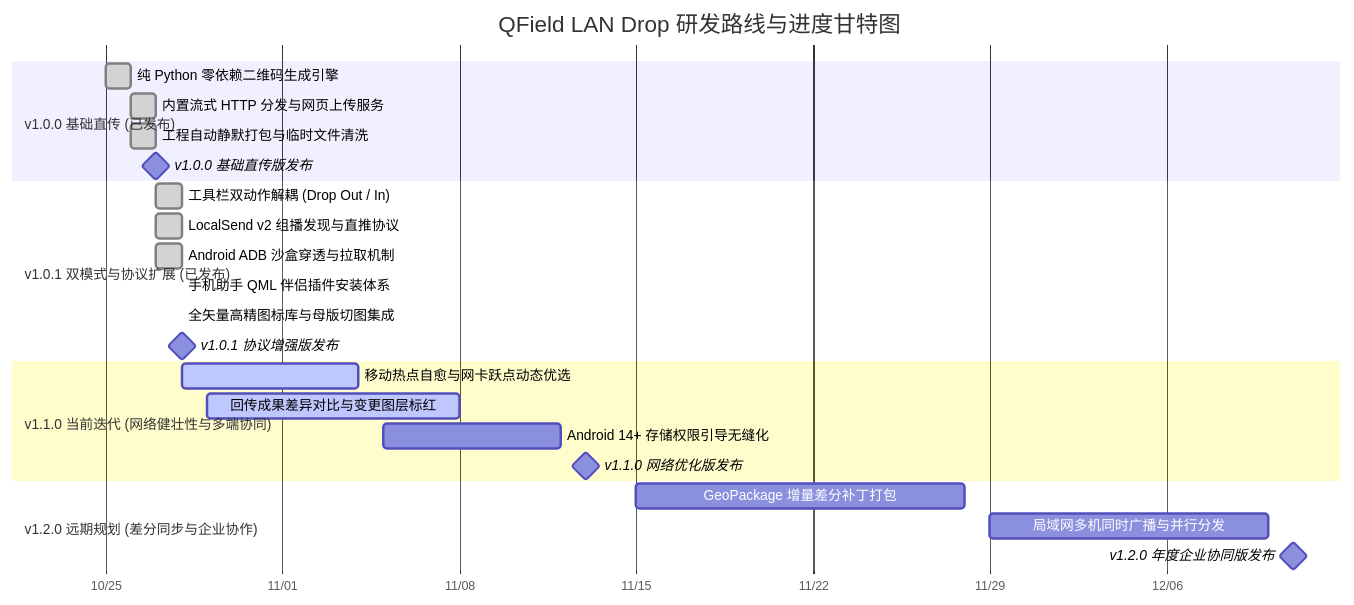
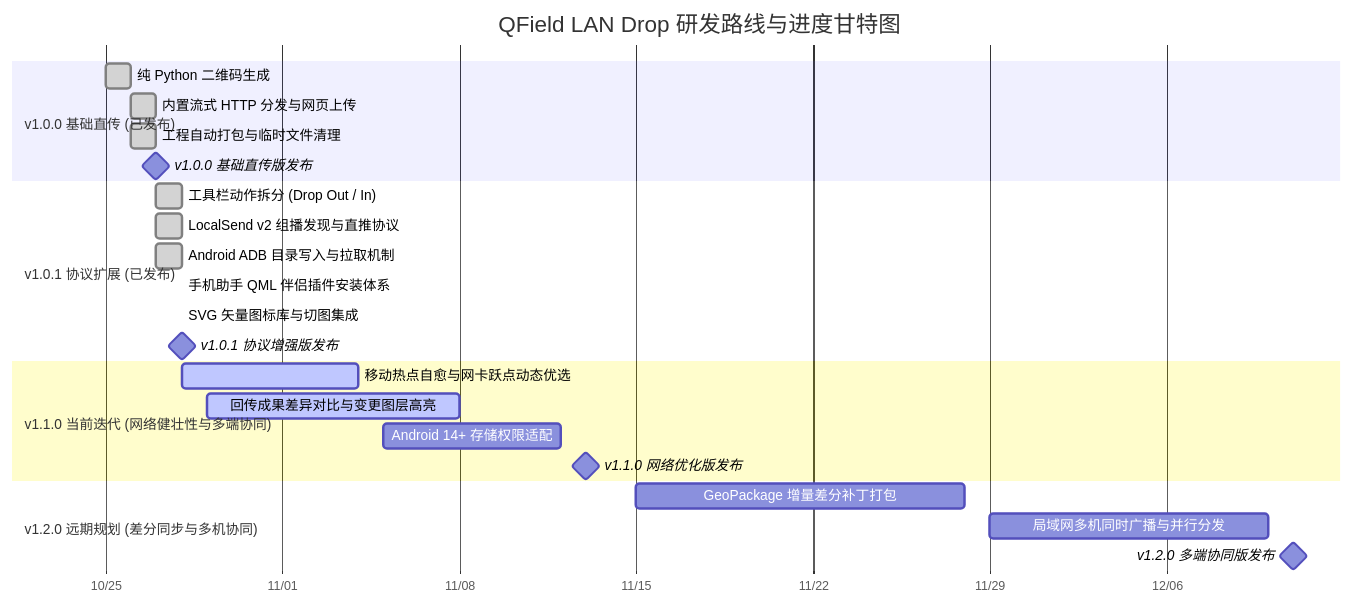
Before and after one commit to OpenQGIS/QFieldDrop: the diagram in ROADMAP.md, drawn with Mermaid. The commit also changed other lines of this file and 65 other files, not shown here.

````diff
--- a/ROADMAP.md
+++ b/ROADMAP.md
@@ -9,32 +9,32 @@
 ```mermaid
 gantt
     title QField LAN Drop 研发路线与进度甘特图
     dateFormat  YYYY-MM-DD
     axisFormat  %m/%d
     todayMarker stroke-width:2px,stroke:#2563EB,opacity:0.8
 
     section v1.0.0 基础直传 (已发布)
-    纯 Python 零依赖二维码生成引擎   :done,    t1, 2026-10-25, 2026-10-26
-    内置流式 HTTP 分发与网页上传服务 :done,    t2, 2026-10-26, 2026-10-27
-    工程自动静默打包与临时文件清洗   :done,    t3, 2026-10-26, 2026-10-27
+    纯 Python 二维码生成             :done,    t1, 2026-10-25, 2026-10-26
+    内置流式 HTTP 分发与网页上传     :done,    t2, 2026-10-26, 2026-10-27
+    工程自动打包与临时文件清理       :done,    t3, 2026-10-26, 2026-10-27
     v1.0.0 基础直传版发布            :milestone, m1, 2026-10-27, 0d
 
-    section v1.0.1 双模式与协议扩展 (已发布)
-    工具栏双动作解耦 (Drop Out / In) :done,    t4, 2026-10-27, 2026-10-28
+    section v1.0.1 协议扩展 (已发布)
+    工具栏动作拆分 (Drop Out / In)   :done,    t4, 2026-10-27, 2026-10-28
     LocalSend v2 组播发现与直推协议  :done,    t5, 2026-10-27, 2026-10-28
-    Android ADB 沙盒穿透与拉取机制   :done,    t6, 2026-10-27, 2026-10-28
+    Android ADB 目录写入与拉取机制   :done,    t6, 2026-10-27, 2026-10-28
     手机助手 QML 伴侣插件安装体系    :done,    t7, 2026-10-28, 2026-10-28
-    全矢量高精图标库与母版切图集成   :done,    t8, 2026-10-28, 2026-10-28
+    SVG 矢量图标库与切图集成         :done,    t8, 2026-10-28, 2026-10-28
     v1.0.1 协议增强版发布            :milestone, m2, 2026-10-28, 0d
 
     section v1.1.0 当前迭代 (网络健壮性与多端协同)
     移动热点自愈与网卡跃点动态优选   :active,  t9, 2026-10-28, 2026-11-04
-    回传成果差异对比与变更图层标红   :active,  t10, 2026-10-29, 2026-11-08
-    Android 14+ 存储权限引导无缝化   :         t11, 2026-11-05, 2026-11-12
+    回传成果差异对比与变更图层高亮   :active,  t10, 2026-10-29, 2026-11-08
+    Android 14+ 存储权限适配         :         t11, 2026-11-05, 2026-11-12
     v1.1.0 网络优化版发布            :milestone, m3, 2026-11-13, 0d
 
-    section v1.2.0 远期规划 (差分同步与企业协作)
+    section v1.2.0 远期规划 (差分同步与多机协同)
     GeoPackage 增量差分补丁打包      :         t12, 2026-11-15, 2026-11-28
     局域网多机同时广播与并行分发     :         t13, 2026-11-29, 2026-12-10
-    v1.2.0 年度企业协同版发布        :milestone, m4, 2026-12-11, 0d
+    v1.2.0 多端协同版发布            :milestone, m4, 2026-12-11, 0d
 ```
````
